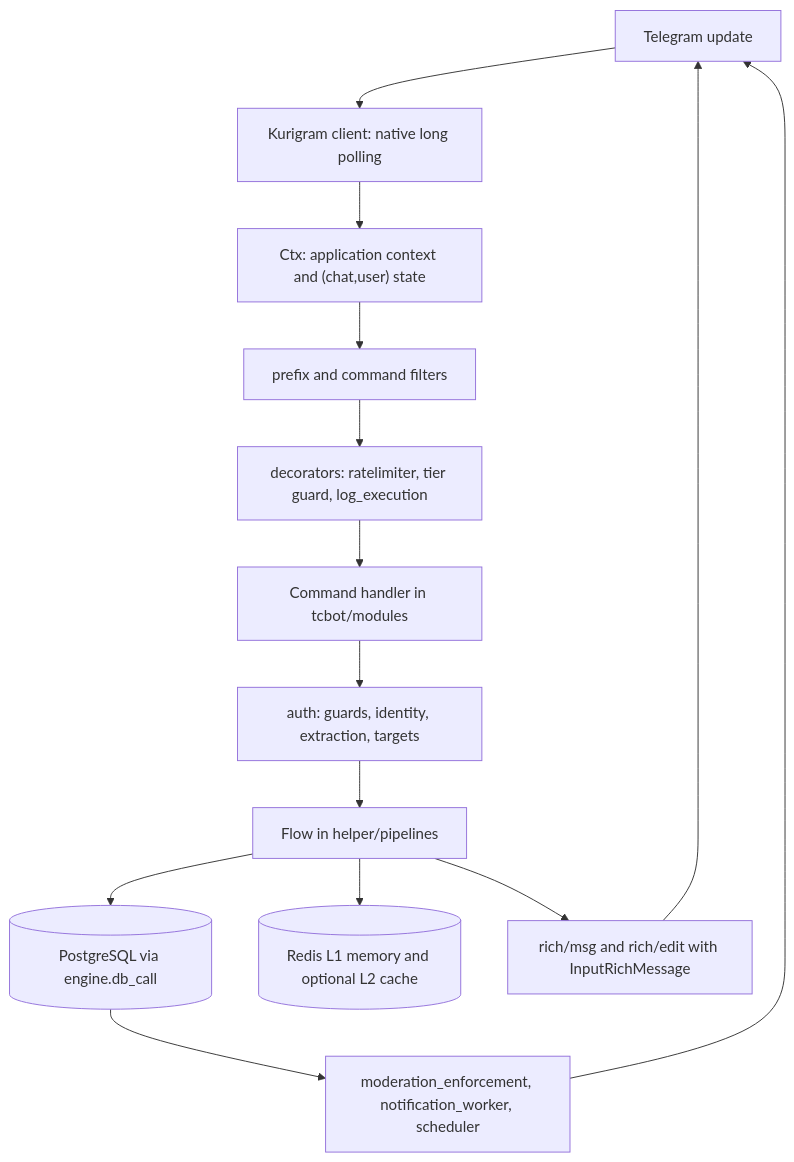
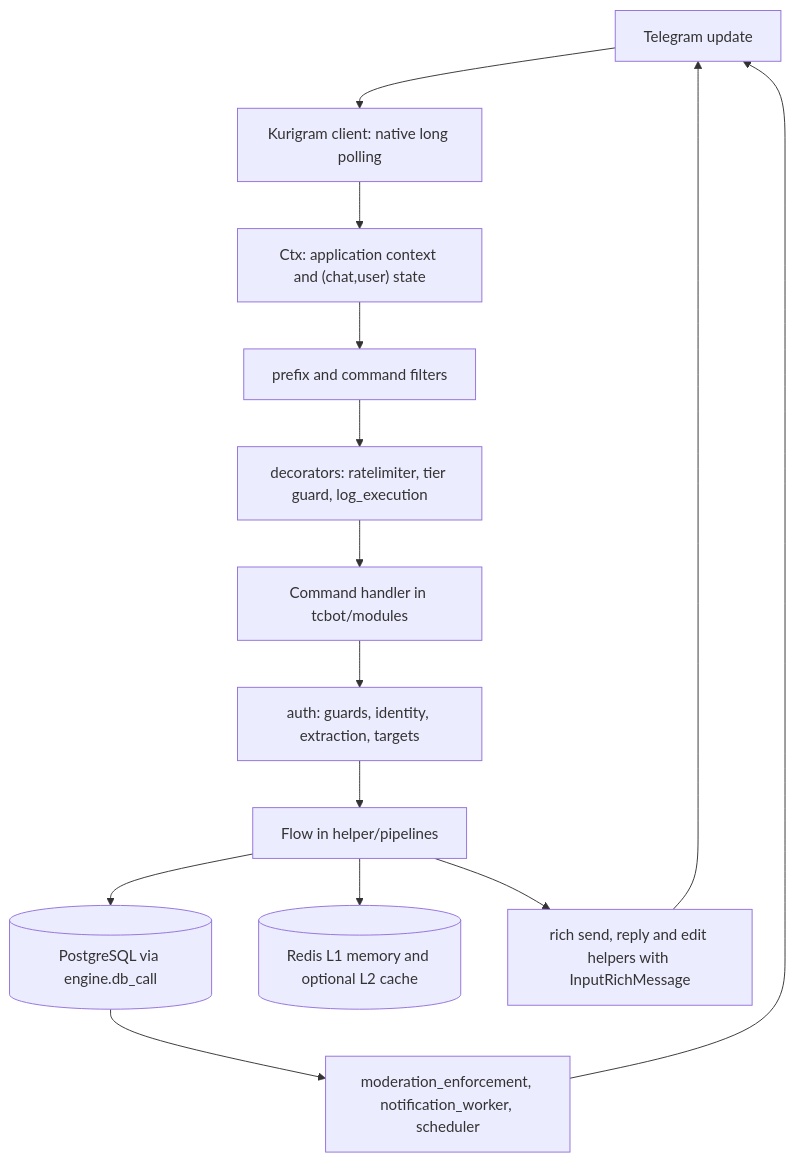
Before and after one commit to D1ZZY4/tcbot: the first of 4 diagrams in docs/flows/system.md, drawn with Mermaid. The commit also changed other lines of this file and 8 other files, not shown here.

````diff
--- a/docs/flows/system.md
+++ b/docs/flows/system.md
@@ -16,16 +16,16 @@
 ```mermaid
 flowchart TD
     U[Telegram update] --> KUR["Kurigram client: native long polling"]
     KUR --> CTX["Ctx: application context and (chat,user) state"]
     CTX --> FILT["prefix and command filters"]
     FILT --> DEC["decorators: ratelimiter, tier guard, log_execution"]
     DEC --> CMD["Command handler in tcbot/modules"]
     CMD --> GATE["auth: guards, identity, extraction, targets"]
     GATE --> FLOW["Flow in helper/pipelines"]
     FLOW --> DB[("PostgreSQL via engine.db_call")]
     FLOW --> CACHE[("Redis L1 memory and optional L2 cache")]
-    FLOW --> RICH["rich/msg and rich/edit with InputRichMessage"]
+    FLOW --> RICH["rich send, reply and edit helpers with InputRichMessage"]
     RICH --> U
     DB --> WK["moderation_enforcement, notification_worker, scheduler"]
     WK --> U
 ```
````
